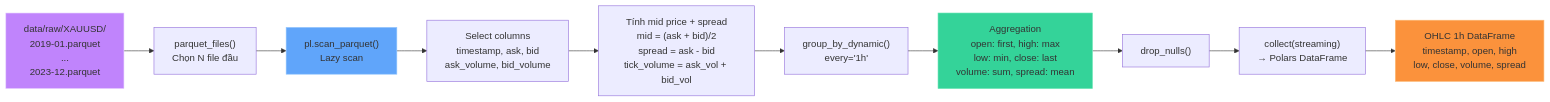
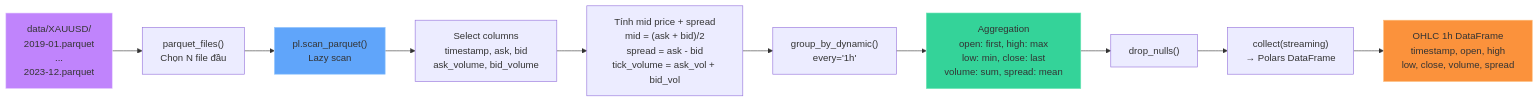
Before and after one commit to ultimateBroK/thesis-compact: the first of 2 diagrams in docs/data-pipeline.md, drawn with Mermaid. The commit also changed 4 other files, not shown here.

Commit message:
refactor(data): move parquet from data/raw/XAUUSD/ to data/XAUUSD/

````diff
--- a/docs/data-pipeline.md
+++ b/docs/data-pipeline.md
@@ -9,17 +9,17 @@
 ```mermaid
 flowchart LR
-    A["data/raw/XAUUSD/<br/>2019-01.parquet<br/>...<br/>2023-12.parquet"] --> B["parquet_files()<br/>Chọn N file đầu"]
+    A["data/XAUUSD/<br/>2019-01.parquet<br/>...<br/>2023-12.parquet"] --> B["parquet_files()<br/>Chọn N file đầu"]
     B --> C["pl.scan_parquet()<br/>Lazy scan"]
     C --> D["Select columns<br/>timestamp, ask, bid<br/>ask_volume, bid_volume"]
     D --> E["Tính mid price + spread<br/>mid = (ask + bid)/2<br/>spread = ask - bid<br/>tick_volume = ask_vol + bid_vol"]
     E --> F["group_by_dynamic()<br/>every='1h'"]
     F --> G["Aggregation<br/>open: first, high: max<br/>low: min, close: last<br/>volume: sum, spread: mean"]
     G --> H["drop_nulls()"]
     H --> I["collect(streaming)<br/>→ Polars DataFrame"]
     I --> J["OHLC 1h DataFrame<br/>timestamp, open, high<br/>low, close, volume, spread"]
 
     style A fill:#c084fc,stroke:#e9d5ff
     style C fill:#60a5fa,stroke:#93c5fd
     style G fill:#34d399,stroke:#6ee7b7
     style J fill:#fb923c,stroke:#fdba74
 ```
````
